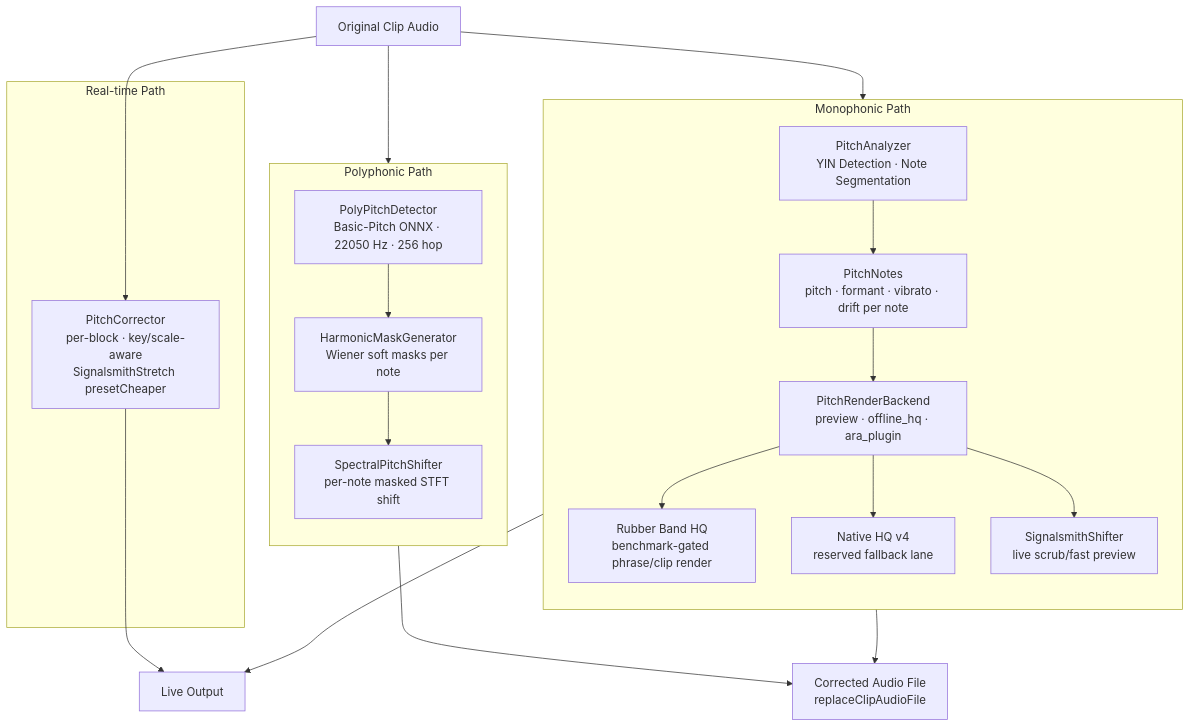
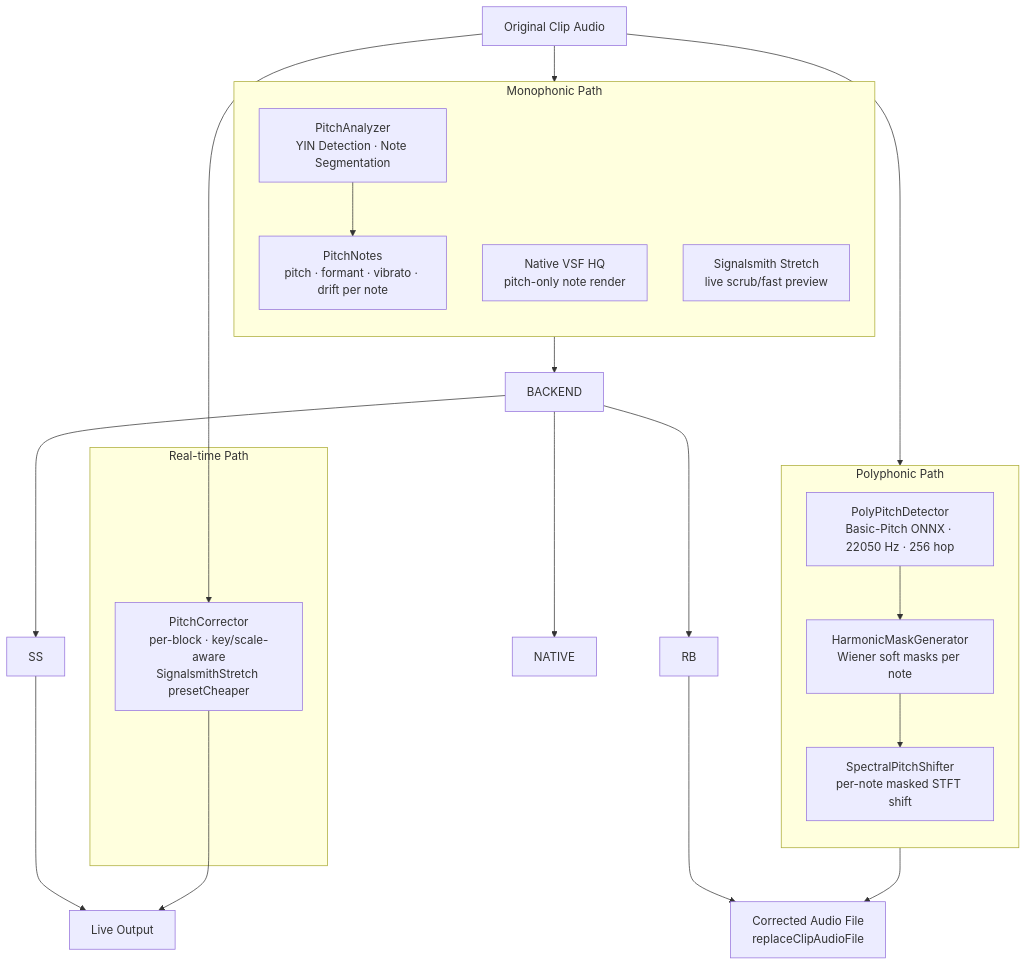
Before and after one commit to sdevil7th/OpenStudio: the second of 4 diagrams in README.md, drawn with Mermaid. The commit also changed other lines of this file and 47 other files, not shown here.

````diff
--- a/README.md
+++ b/README.md
@@ -119,31 +119,29 @@
 ```mermaid
 flowchart TD
     AUDIO[Original Clip Audio]
 
     subgraph Monophonic Path
         direction TB
         YIN[PitchAnalyzer\nYIN Detection · Note Segmentation]
         NOTES[PitchNotes\npitch · formant · vibrato · drift per note]
-        BACKEND[PitchRenderBackend\npreview · offline_hq · ara_plugin]
-        RB[Rubber Band HQ\nbenchmark-gated phrase/clip render]
-        NATIVE[Native HQ v4\nreserved fallback lane]
-        SS[SignalsmithShifter\nlive scrub/fast preview]
+        VSF[Native VSF HQ\npitch-only note render]
+        PREVIEW[Signalsmith Stretch\nlive scrub/fast preview]
     end
 
     subgraph Polyphonic Path
         direction TB
         POLY[PolyPitchDetector\nBasic-Pitch ONNX · 22050 Hz · 256 hop]
         MASKS[HarmonicMaskGenerator\nWiener soft masks per note]
         SPECSHIFT[SpectralPitchShifter\nper-note masked STFT shift]
     end
 
     subgraph Real-time Path
         RTFX[PitchCorrector\nper-block · key/scale-aware\nSignalsmithStretch presetCheaper]
     end
 
     AUDIO --> YIN --> NOTES --> BACKEND --> RB --> OUT[Corrected Audio File\nreplaceClipAudioFile]
     BACKEND --> NATIVE
     BACKEND --> SS --> SPEAKERS
     AUDIO --> POLY --> MASKS --> SPECSHIFT --> OUT
     AUDIO --> RTFX --> SPEAKERS[Live Output]
 ```
````
